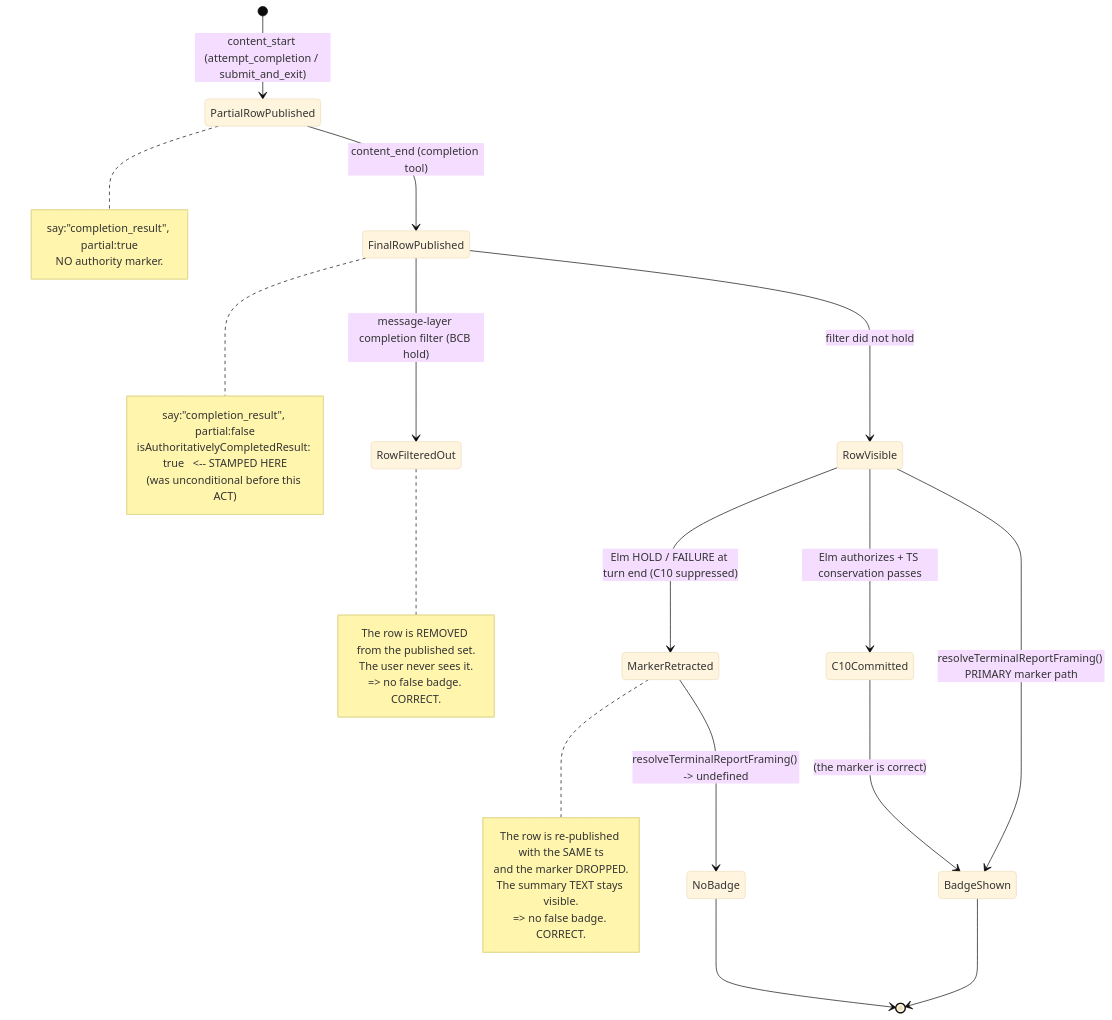
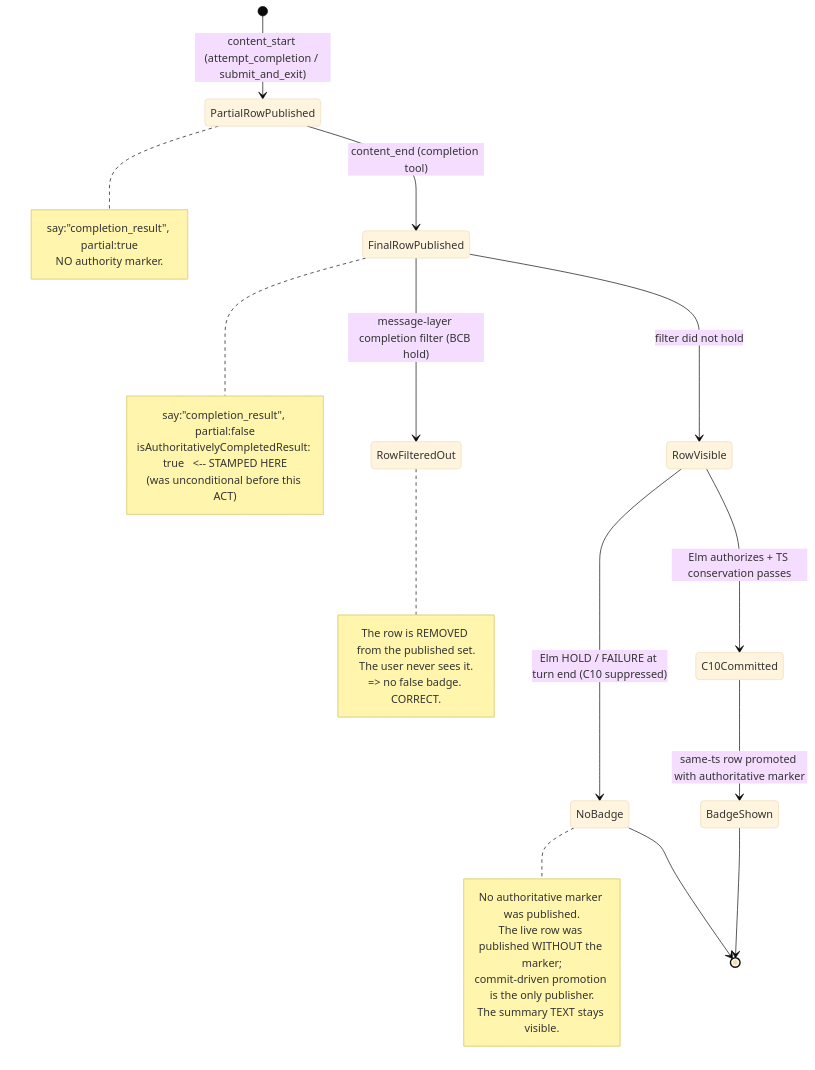
Before and after one commit to s1onique/clinemm: the diagram in docs/architecture/task-lifecycle/04-completion-presentation.md, drawn with Mermaid (base theme). The commit also changed other lines of this file and 10 other files, not shown here.

````diff
--- a/docs/architecture/task-lifecycle/04-completion-presentation.md
+++ b/docs/architecture/task-lifecycle/04-completion-presentation.md
@@ -25,42 +25,40 @@
 ```mermaid
 stateDiagram-v2
     direction TB
 
     [*] --> PartialRowPublished : content_start (attempt_completion / submit_and_exit)
     note right of PartialRowPublished
         say:"completion_result", partial:true
         NO authority marker.
     end note
 
     PartialRowPublished --> FinalRowPublished : content_end (completion tool)
     note right of FinalRowPublished
         say:"completion_result", partial:false
         isAuthoritativelyCompletedResult: true   <-- STAMPED HERE
         (was unconditional before this ACT)
     end note
 
     FinalRowPublished --> RowFilteredOut : message-layer completion filter (BCB hold)
     note right of RowFilteredOut
         The row is REMOVED from the published set.
         The user never sees it.
         => no false badge. CORRECT.
     end note
 
     FinalRowPublished --> RowVisible : filter did not hold
 
-    RowVisible --> BadgeShown : resolveTerminalReportFraming() PRIMARY marker path
-    RowVisible --> MarkerRetracted : Elm HOLD / FAILURE at turn end (C10 suppressed)
-    note right of MarkerRetracted
-        The row is re-published with the SAME ts
-        and the marker DROPPED.
+    RowVisible --> NoBadge : Elm HOLD / FAILURE at turn end (C10 suppressed)
+    note right of NoBadge
+        No authoritative marker was published.
+        The live row was published WITHOUT the marker;
+        commit-driven promotion is the only publisher.
         The summary TEXT stays visible.
-        => no false badge. CORRECT.
     end note
 
-    MarkerRetracted --> NoBadge : resolveTerminalReportFraming() -> undefined
     RowVisible --> C10Committed : Elm authorizes + TS conservation passes
-    C10Committed --> BadgeShown : (the marker is correct)
+    C10Committed --> BadgeShown : same-ts row promoted with authoritative marker
 
     BadgeShown --> [*]
     NoBadge --> [*]
 ```
````
